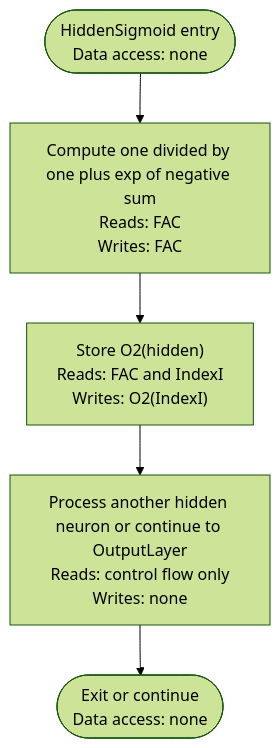
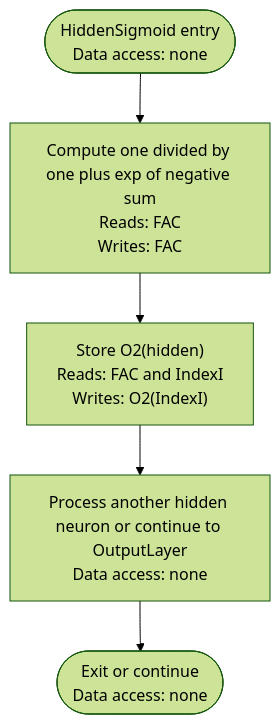
Diagram 23 of 51 in docs/Diagrams/BP-ML-Activity-Diagrams.md (sharpninja/NeuralNetworks), drawn with Mermaid (forest theme) before and after one commit. The commit also changed other lines of this file and 10 other files, not shown here.

````diff
--- a/docs/Diagrams/BP-ML-Activity-Diagrams.md
+++ b/docs/Diagrams/BP-ML-Activity-Diagrams.md
@@ -554,7 +595,7 @@
 ```mermaid
 flowchart TD
     A(["HiddenSigmoid entry<br/>Data access: none"]) --> B["Compute one divided by one plus exp of negative sum<br/>Reads: FAC<br/>Writes: FAC"]
     B --> C["Store O2(hidden)<br/>Reads: FAC and IndexI<br/>Writes: O2(IndexI)"]
-    C --> D["Process another hidden neuron or continue to OutputLayer<br/>Reads: control flow only<br/>Writes: none"]
+    C --> D["Process another hidden neuron or continue to OutputLayer<br/>Data access: none"]
     D --> Z(["Exit or continue<br/>Data access: none"])
 ```
````
